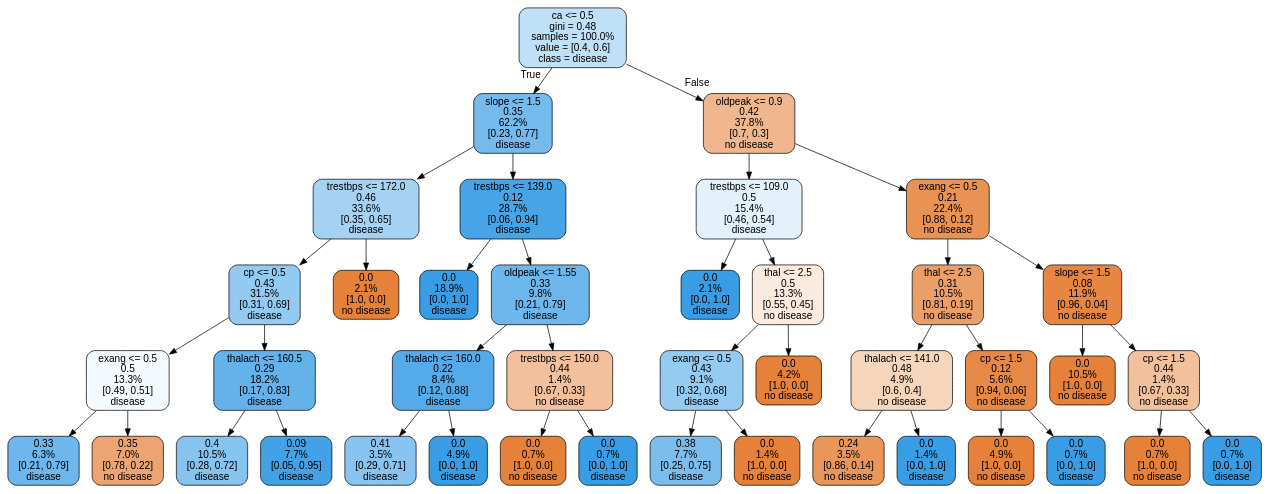
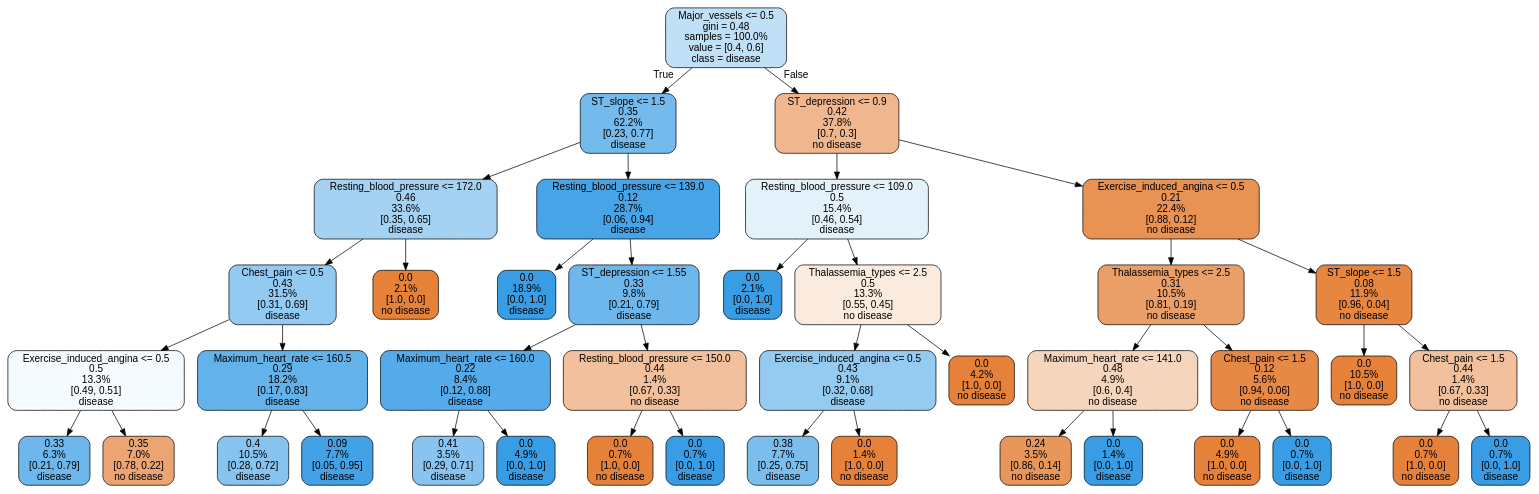
The diagram in Heart Disease UCI/tree.dot (constantimi/Machine-Learning-Fundamentals), drawn with Graphviz before and after one commit. The commit also changed 1 other file, not shown here.

```diff
--- a/Heart Disease UCI/tree.dot
+++ b/Heart Disease UCI/tree.dot
@@ -1,85 +1,85 @@
 digraph Tree {
 node [shape=box, style="filled, rounded", color="black", fontname=helvetica] ;
 edge [fontname=helvetica] ;
-0 [label="ca <= 0.5\ngini = 0.48\nsamples = 100.0%\nvalue = [0.4, 0.6]\nclass = disease", fillcolor="#c0e0f7"] ;
-1 [label="slope <= 1.5\n0.35\n62.2%\n[0.23, 0.77]\ndisease", fillcolor="#74baed"] ;
+0 [label="Major_vessels <= 0.5\ngini = 0.48\nsamples = 100.0%\nvalue = [0.4, 0.6]\nclass = disease", fillcolor="#c0e0f7"] ;
+1 [label="ST_slope <= 1.5\n0.35\n62.2%\n[0.23, 0.77]\ndisease", fillcolor="#74baed"] ;
 0 -> 1 [labeldistance=2.5, labelangle=45, headlabel="True"] ;
-2 [label="trestbps <= 172.0\n0.46\n33.6%\n[0.35, 0.65]\ndisease", fillcolor="#a5d2f3"] ;
+2 [label="Resting_blood_pressure <= 172.0\n0.46\n33.6%\n[0.35, 0.65]\ndisease", fillcolor="#a5d2f3"] ;
 1 -> 2 ;
-3 [label="cp <= 0.5\n0.43\n31.5%\n[0.31, 0.69]\ndisease", fillcolor="#93caf1"] ;
+3 [label="Chest_pain <= 0.5\n0.43\n31.5%\n[0.31, 0.69]\ndisease", fillcolor="#93caf1"] ;
 2 -> 3 ;
-4 [label="exang <= 0.5\n0.5\n13.3%\n[0.49, 0.51]\ndisease", fillcolor="#f5fafe"] ;
+4 [label="Exercise_induced_angina <= 0.5\n0.5\n13.3%\n[0.49, 0.51]\ndisease", fillcolor="#f5fafe"] ;
 3 -> 4 ;
 5 [label="0.33\n6.3%\n[0.21, 0.79]\ndisease", fillcolor="#6eb7ec"] ;
 4 -> 5 ;
 6 [label="0.35\n7.0%\n[0.78, 0.22]\nno disease", fillcolor="#eca572"] ;
 4 -> 6 ;
-7 [label="thalach <= 160.5\n0.29\n18.2%\n[0.17, 0.83]\ndisease", fillcolor="#63b2ea"] ;
+7 [label="Maximum_heart_rate <= 160.5\n0.29\n18.2%\n[0.17, 0.83]\ndisease", fillcolor="#63b2ea"] ;
 3 -> 7 ;
 8 [label="0.4\n10.5%\n[0.28, 0.72]\ndisease", fillcolor="#86c3ef"] ;
 7 -> 8 ;
 9 [label="0.09\n7.7%\n[0.05, 0.95]\ndisease", fillcolor="#43a2e6"] ;
 7 -> 9 ;
 10 [label="0.0\n2.1%\n[1.0, 0.0]\nno disease", fillcolor="#e58139"] ;
 2 -> 10 ;
-11 [label="trestbps <= 139.0\n0.12\n28.7%\n[0.06, 0.94]\ndisease", fillcolor="#46a4e7"] ;
+11 [label="Resting_blood_pressure <= 139.0\n0.12\n28.7%\n[0.06, 0.94]\ndisease", fillcolor="#46a4e7"] ;
 1 -> 11 ;
 12 [label="0.0\n18.9%\n[0.0, 1.0]\ndisease", fillcolor="#399de5"] ;
 11 -> 12 ;
-13 [label="oldpeak <= 1.55\n0.33\n9.8%\n[0.21, 0.79]\ndisease", fillcolor="#6eb7ec"] ;
+13 [label="ST_depression <= 1.55\n0.33\n9.8%\n[0.21, 0.79]\ndisease", fillcolor="#6eb7ec"] ;
 11 -> 13 ;
-14 [label="thalach <= 160.0\n0.22\n8.4%\n[0.12, 0.88]\ndisease", fillcolor="#55abe9"] ;
+14 [label="Maximum_heart_rate <= 160.0\n0.22\n8.4%\n[0.12, 0.88]\ndisease", fillcolor="#55abe9"] ;
 13 -> 14 ;
 15 [label="0.41\n3.5%\n[0.29, 0.71]\ndisease", fillcolor="#88c4ef"] ;
 14 -> 15 ;
 16 [label="0.0\n4.9%\n[0.0, 1.0]\ndisease", fillcolor="#399de5"] ;
 14 -> 16 ;
-17 [label="trestbps <= 150.0\n0.44\n1.4%\n[0.67, 0.33]\nno disease", fillcolor="#f2c09c"] ;
+17 [label="Resting_blood_pressure <= 150.0\n0.44\n1.4%\n[0.67, 0.33]\nno disease", fillcolor="#f2c09c"] ;
 13 -> 17 ;
 18 [label="0.0\n0.7%\n[1.0, 0.0]\nno disease", fillcolor="#e58139"] ;
 17 -> 18 ;
 19 [label="0.0\n0.7%\n[0.0, 1.0]\ndisease", fillcolor="#399de5"] ;
 17 -> 19 ;
-20 [label="oldpeak <= 0.9\n0.42\n37.8%\n[0.7, 0.3]\nno disease", fillcolor="#f0b78e"] ;
+20 [label="ST_depression <= 0.9\n0.42\n37.8%\n[0.7, 0.3]\nno disease", fillcolor="#f0b78e"] ;
 0 -> 20 [labeldistance=2.5, labelangle=-45, headlabel="False"] ;
-21 [label="trestbps <= 109.0\n0.5\n15.4%\n[0.46, 0.54]\ndisease", fillcolor="#e3f1fb"] ;
+21 [label="Resting_blood_pressure <= 109.0\n0.5\n15.4%\n[0.46, 0.54]\ndisease", fillcolor="#e3f1fb"] ;
 20 -> 21 ;
 22 [label="0.0\n2.1%\n[0.0, 1.0]\ndisease", fillcolor="#399de5"] ;
 21 -> 22 ;
-23 [label="thal <= 2.5\n0.5\n13.3%\n[0.55, 0.45]\nno disease", fillcolor="#fbeade"] ;
+23 [label="Thalassemia_types <= 2.5\n0.5\n13.3%\n[0.55, 0.45]\nno disease", fillcolor="#fbeade"] ;
 21 -> 23 ;
-24 [label="exang <= 0.5\n0.43\n9.1%\n[0.32, 0.68]\ndisease", fillcolor="#95cbf1"] ;
+24 [label="Exercise_induced_angina <= 0.5\n0.43\n9.1%\n[0.32, 0.68]\ndisease", fillcolor="#95cbf1"] ;
 23 -> 24 ;
 25 [label="0.38\n7.7%\n[0.25, 0.75]\ndisease", fillcolor="#7bbeee"] ;
 24 -> 25 ;
 26 [label="0.0\n1.4%\n[1.0, 0.0]\nno disease", fillcolor="#e58139"] ;
 24 -> 26 ;
 27 [label="0.0\n4.2%\n[1.0, 0.0]\nno disease", fillcolor="#e58139"] ;
 23 -> 27 ;
-28 [label="exang <= 0.5\n0.21\n22.4%\n[0.88, 0.12]\nno disease", fillcolor="#e89253"] ;
+28 [label="Exercise_induced_angina <= 0.5\n0.21\n22.4%\n[0.88, 0.12]\nno disease", fillcolor="#e89253"] ;
 20 -> 28 ;
-29 [label="thal <= 2.5\n0.31\n10.5%\n[0.81, 0.19]\nno disease", fillcolor="#eb9f68"] ;
+29 [label="Thalassemia_types <= 2.5\n0.31\n10.5%\n[0.81, 0.19]\nno disease", fillcolor="#eb9f68"] ;
 28 -> 29 ;
-30 [label="thalach <= 141.0\n0.48\n4.9%\n[0.6, 0.4]\nno disease", fillcolor="#f6d5bd"] ;
+30 [label="Maximum_heart_rate <= 141.0\n0.48\n4.9%\n[0.6, 0.4]\nno disease", fillcolor="#f6d5bd"] ;
 29 -> 30 ;
 31 [label="0.24\n3.5%\n[0.86, 0.14]\nno disease", fillcolor="#e9965a"] ;
 30 -> 31 ;
 32 [label="0.0\n1.4%\n[0.0, 1.0]\ndisease", fillcolor="#399de5"] ;
 30 -> 32 ;
-33 [label="cp <= 1.5\n0.12\n5.6%\n[0.94, 0.06]\nno disease", fillcolor="#e78946"] ;
+33 [label="Chest_pain <= 1.5\n0.12\n5.6%\n[0.94, 0.06]\nno disease", fillcolor="#e78946"] ;
 29 -> 33 ;
 34 [label="0.0\n4.9%\n[1.0, 0.0]\nno disease", fillcolor="#e58139"] ;
 33 -> 34 ;
 35 [label="0.0\n0.7%\n[0.0, 1.0]\ndisease", fillcolor="#399de5"] ;
 33 -> 35 ;
-36 [label="slope <= 1.5\n0.08\n11.9%\n[0.96, 0.04]\nno disease", fillcolor="#e68641"] ;
+36 [label="ST_slope <= 1.5\n0.08\n11.9%\n[0.96, 0.04]\nno disease", fillcolor="#e68641"] ;
 28 -> 36 ;
 37 [label="0.0\n10.5%\n[1.0, 0.0]\nno disease", fillcolor="#e58139"] ;
 36 -> 37 ;
-38 [label="cp <= 1.5\n0.44\n1.4%\n[0.67, 0.33]\nno disease", fillcolor="#f2c09c"] ;
+38 [label="Chest_pain <= 1.5\n0.44\n1.4%\n[0.67, 0.33]\nno disease", fillcolor="#f2c09c"] ;
 36 -> 38 ;
 39 [label="0.0\n0.7%\n[1.0, 0.0]\nno disease", fillcolor="#e58139"] ;
 38 -> 39 ;
 40 [label="0.0\n0.7%\n[0.0, 1.0]\ndisease", fillcolor="#399de5"] ;
 38 -> 40 ;
 }
```
